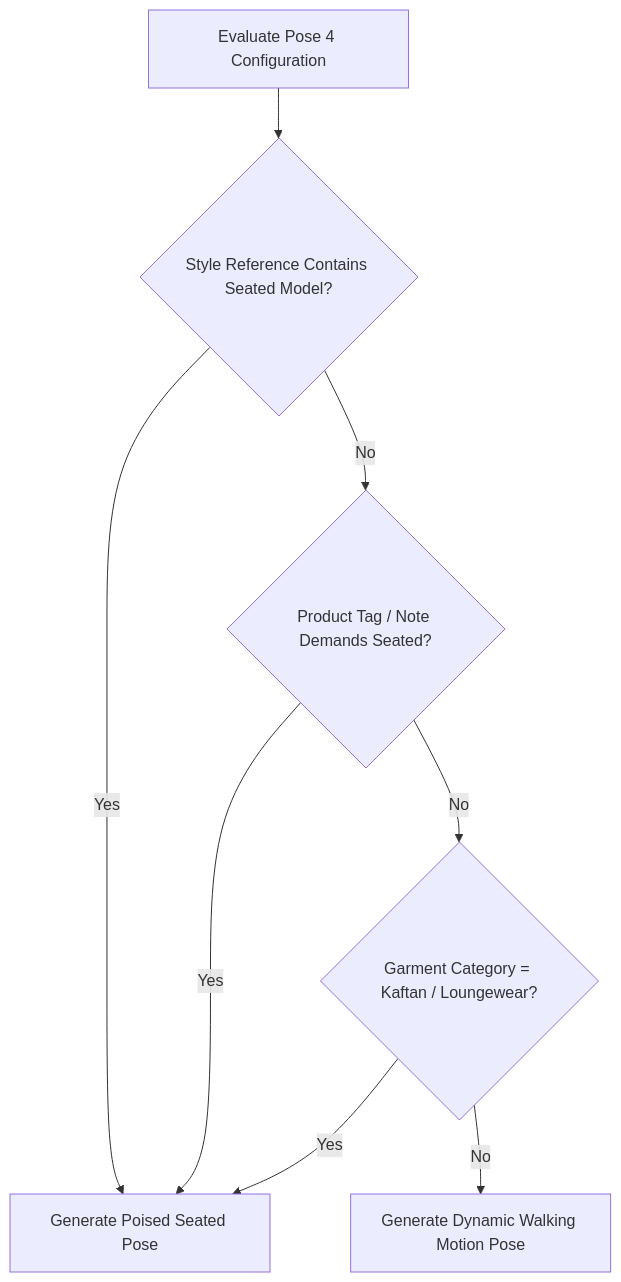
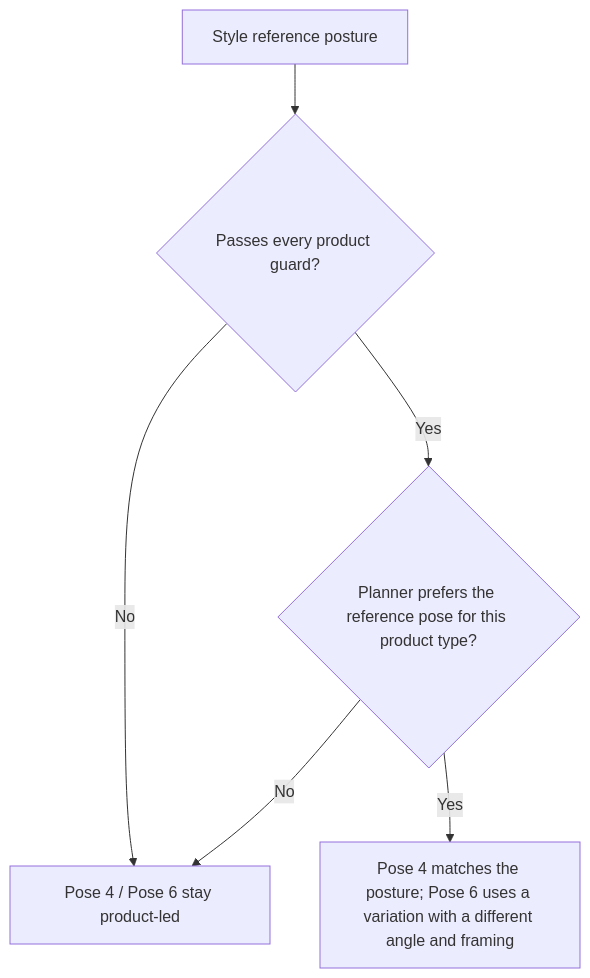
One commit to pawanshukla500/aistudio-youthnic changed the second of 2 diagrams in youthnic-ai-studio-docs/studio/pose-planning.mdx. Above: the diagram before and after it, drawn with Mermaid. The commit also changed other lines of this file and 74 other files, not shown here.

First line of the commit message:
feat(planning): reference-led Pose 4/6, expression plan, DNA gate and LangGraph planner

````diff
--- a/youthnic-ai-studio-docs/studio/pose-planning.mdx
+++ b/youthnic-ai-studio-docs/studio/pose-planning.mdx
@@ -125,10 +129,8 @@
 ```mermaid
 flowchart TD
-    A[Evaluate Pose 4 Configuration] --> B{Style Reference Contains Seated Model?}
-    B -- Yes --> D[Generate Poised Seated Pose]
-    B -- No --> C{Product Tag / Note Demands Seated?}
-    C -- Yes --> D
-    C -- No --> E{Garment Category = Kaftan / Loungewear?}
-    E -- Yes --> D
-    E -- No --> F[Generate Dynamic Walking Motion Pose]
+    A[Style reference posture] --> B{Passes every product guard?}
+    B -- No --> P[Pose 4 / Pose 6 stay product-led]
+    B -- Yes --> C{Planner prefers the reference pose for this product type?}
+    C -- No --> P
+    C -- Yes --> M[Pose 4 matches the posture; Pose 6 uses a variation with a different angle and framing]
 ```
````
